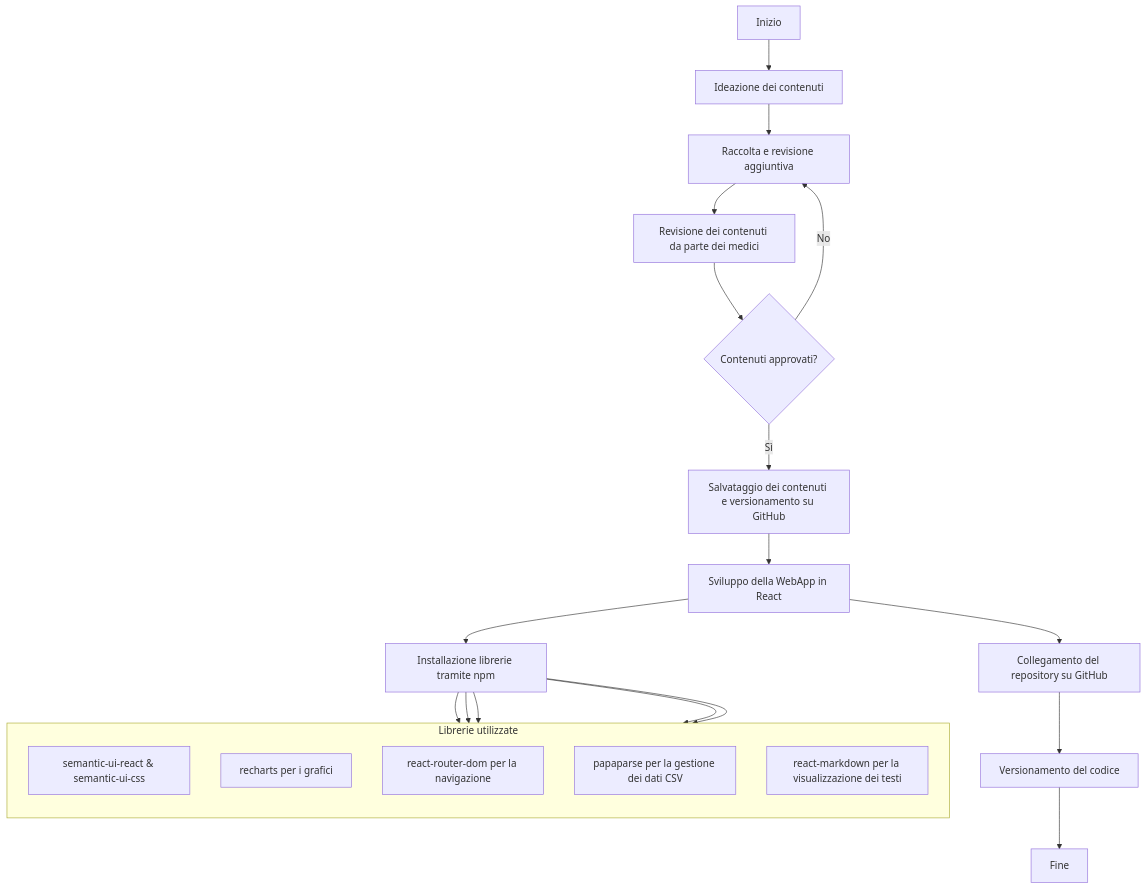
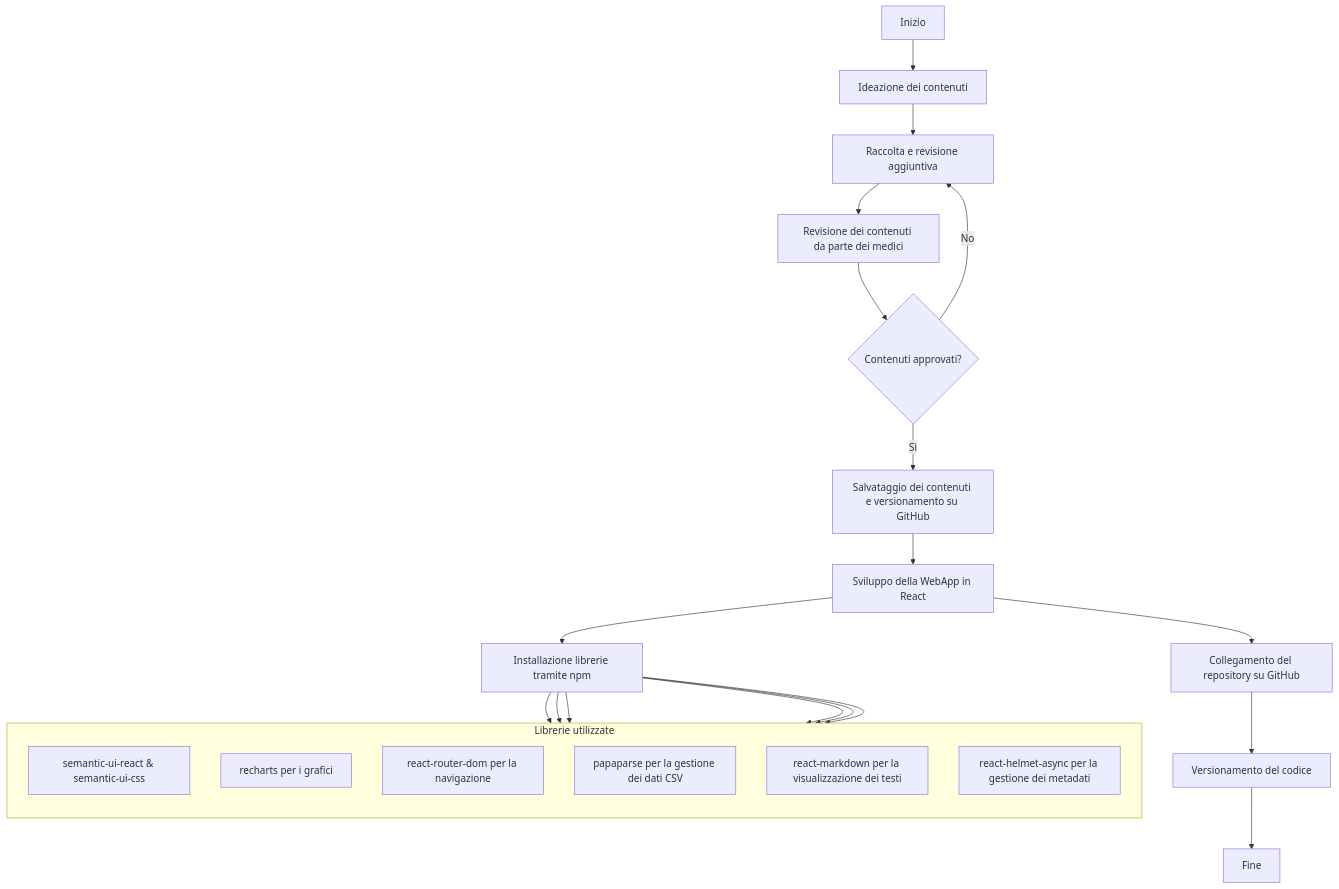
One commit to mauritiuss/health-dashboard changed the diagram in relazione esame/RelazioneProgettoEsame.md. Above: the diagram before and after it, drawn with Mermaid. The commit also changed other lines of this file, not shown here.

Commit message:
fixing issues

````diff
--- a/relazione esame/RelazioneProgettoEsame.md
+++ b/relazione esame/RelazioneProgettoEsame.md
@@ -130,32 +131,34 @@
 ```mermaid
 graph TD
     A[Inizio] --> B[Ideazione dei contenuti]
     B --> C[Acquisizione automatica dei contenuti con GPT-4]
     C --> D[Revisione dei contenuti da parte dei medici]
 
     E{Contenuti approvati?}
     D --> E
     E -->|Sì| F[Salvataggio dei contenuti e versionamento su GitHub]
     E -->|No| C[Raccolta e revisione aggiuntiva]
 
     F --> G[Sviluppo della WebApp in React]
     G --> H[Installazione librerie tramite npm]
 
     subgraph Librerie utilizzate
         direction TB
         I1[semantic-ui-react & semantic-ui-css]
         I2[recharts per i grafici]
         I3[react-router-dom per la navigazione]
         I4[papaparse per la gestione dei dati CSV]
         I5[react-markdown per la visualizzazione dei testi]
+        I6[react-helmet-async per la gestione dei metadati]
     end
     H --> I1
     H --> I2
     H --> I3
     H --> I4
     H --> I5
+    H --> I6
 
     G --> J[Collegamento del repository su GitHub]
     J --> K[Versionamento del codice]
     K --> L[Fine]
 ```
````
